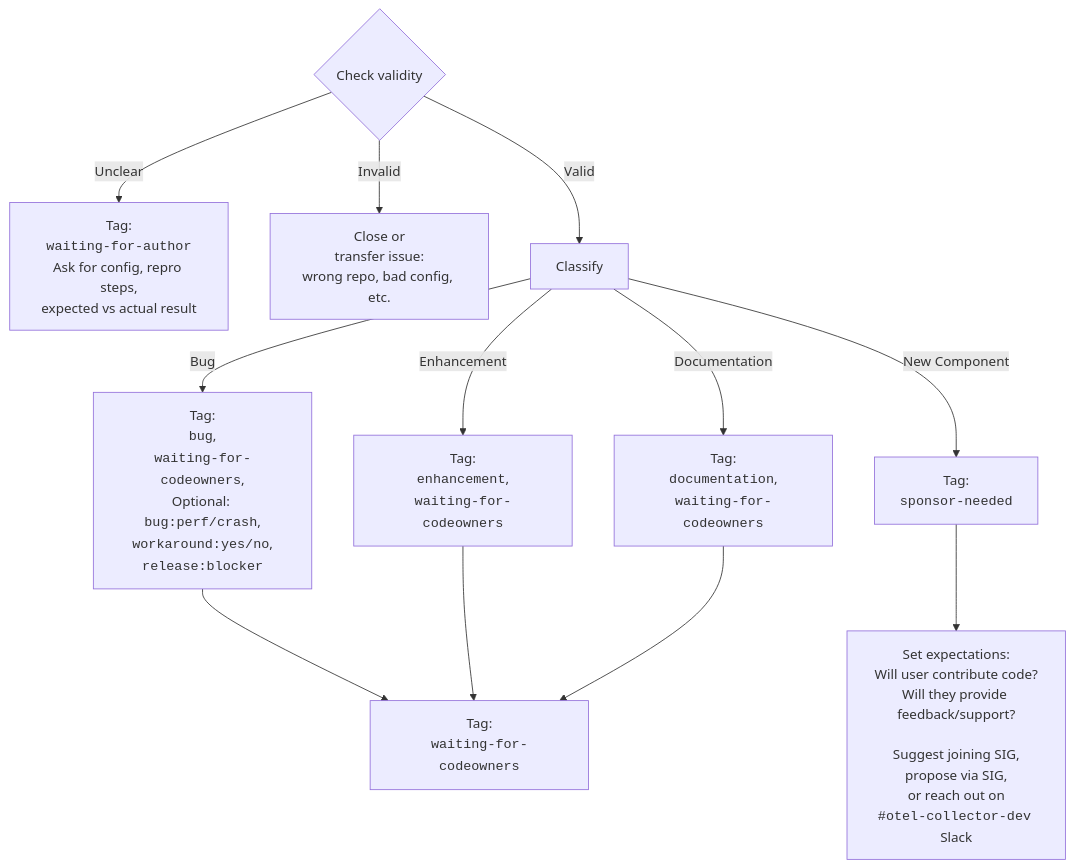
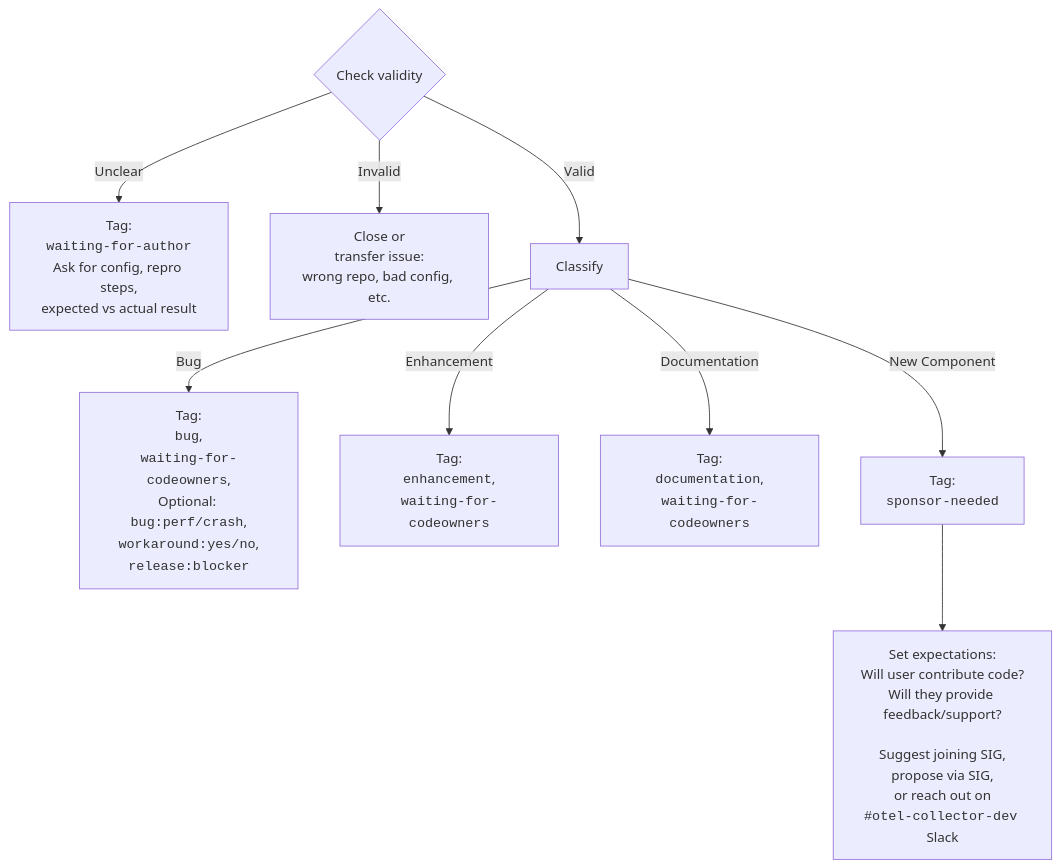
The first of 2 diagrams in issue-triaging.md (open-telemetry/opentelemetry-collector-contrib), drawn with Mermaid before and after one commit. The commit also changed other lines of this file, not shown here.

````diff
--- a/issue-triaging.md
+++ b/issue-triaging.md
@@ -91,20 +88,17 @@
 ```mermaid
 flowchart TD
     Start{Check validity}
 
     Start -->|Unclear| WaitingAuthor[Tag:<br><code>waiting-for-author</code><br>Ask for config, repro steps,<br>expected vs actual result]
     Start -->|Invalid| Transfer[Close or<br>transfer issue:<br>wrong repo, bad config, etc.]
     Start -->|Valid| Classify
 
     Classify -->|Bug| EnrichBug[Tag:<br><code>bug</code>,<br><code>waiting-for-codeowners</code>,<br>Optional: <code>bug:perf/crash</code>,<br><code>workaround:yes/no</code>,<br><code>release:blocker</code>]
-    EnrichBug --> WaitingCodeowners[Tag:<br><code>waiting-for-codeowners</code>]
 
     Classify -->|Enhancement| EnhancementLabel[Tag:<br><code>enhancement</code>,<br><code>waiting-for-codeowners</code>]
-    EnhancementLabel --> WaitingCodeowners
 
     Classify -->|Documentation| DocLabel[Tag:<br><code>documentation</code>,<br><code>waiting-for-codeowners</code>]
-    DocLabel --> WaitingCodeowners
 
     Classify -->|New Component| NewComponent[Tag:<br><code>sponsor-needed</code>]
     NewComponent --> Expectations[Set expectations:<br>Will user contribute code?<br>Will they provide feedback/support?<br><br>Suggest joining SIG,<br>propose via SIG,<br>or reach out on<br><code>#otel-collector-dev</code> Slack]
 ```
````
